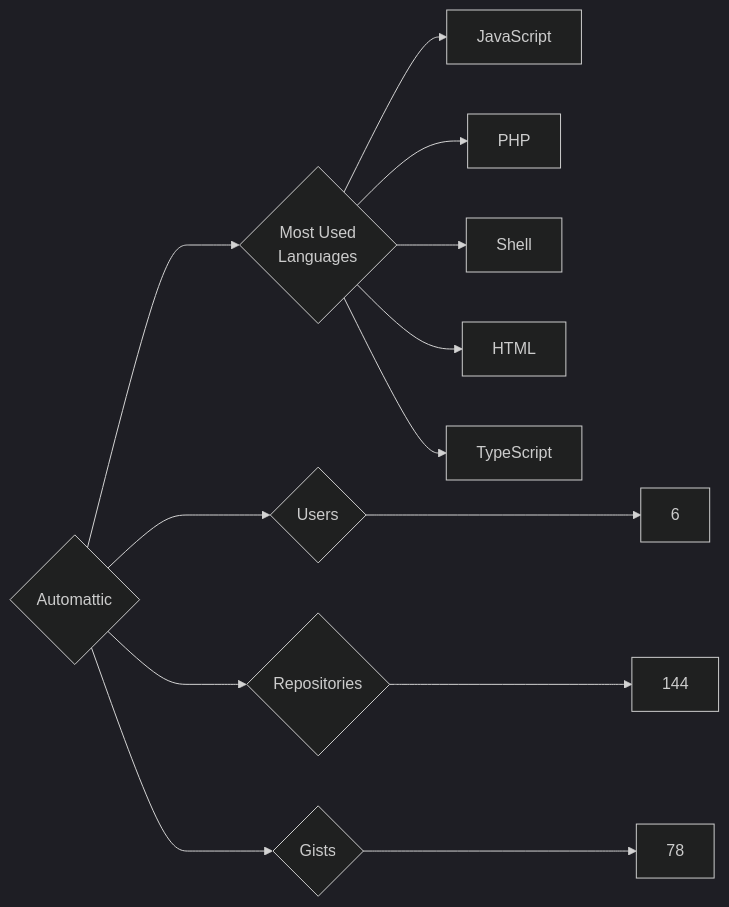
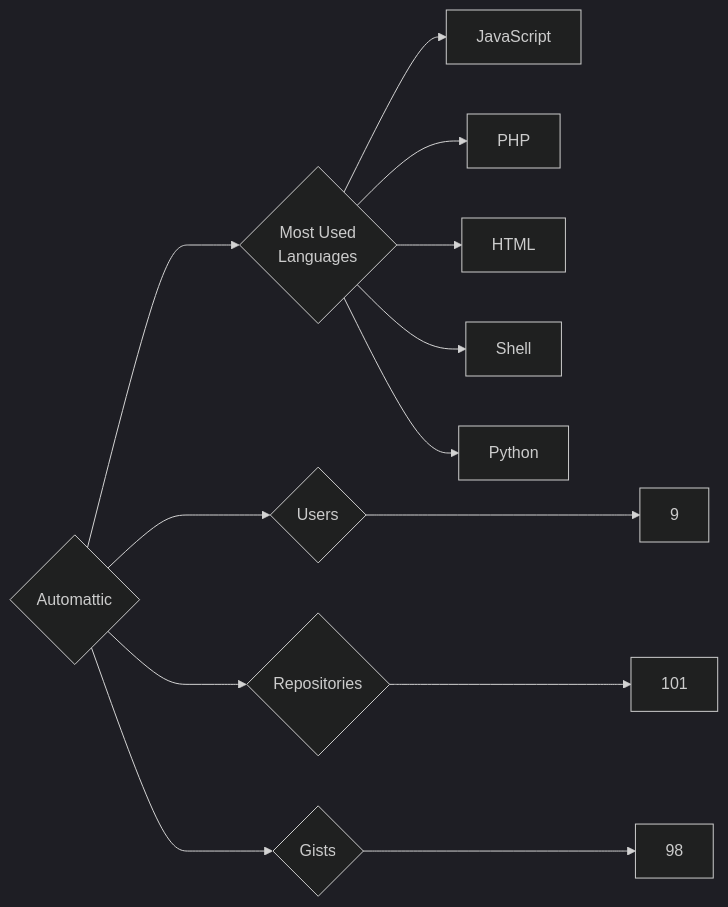
The diagram in targets/Automattic/README.md (trickest/insiders), drawn with Mermaid (dark theme) before and after one commit. The commit also changed 1148 other files, not shown here.

````diff
--- a/targets/Automattic/README.md
+++ b/targets/Automattic/README.md
@@ -3,13 +3,13 @@
 ```mermaid
 graph LR
 COMPANY_NAME{Automattic}
-COMPANY_NAME ---> U{Users} ---> UN[6]
-COMPANY_NAME ---> R{Repositories} ---> RN[144]
-COMPANY_NAME ---> G{Gists} ---> GN[78]
+COMPANY_NAME ---> U{Users} ---> UN[9]
+COMPANY_NAME ---> R{Repositories} ---> RN[101]
+COMPANY_NAME ---> G{Gists} ---> GN[98]
 COMPANY_NAME ---> ML{Most Used<br>Languages}
 ML --> JavaScript[JavaScript]
 ML --> PHP[PHP]
+ML --> HTML[HTML]
 ML --> Shell[Shell]
-ML --> HTML[HTML]
-ML --> TypeScript[TypeScript]
+ML --> Python[Python]
 ```
````
